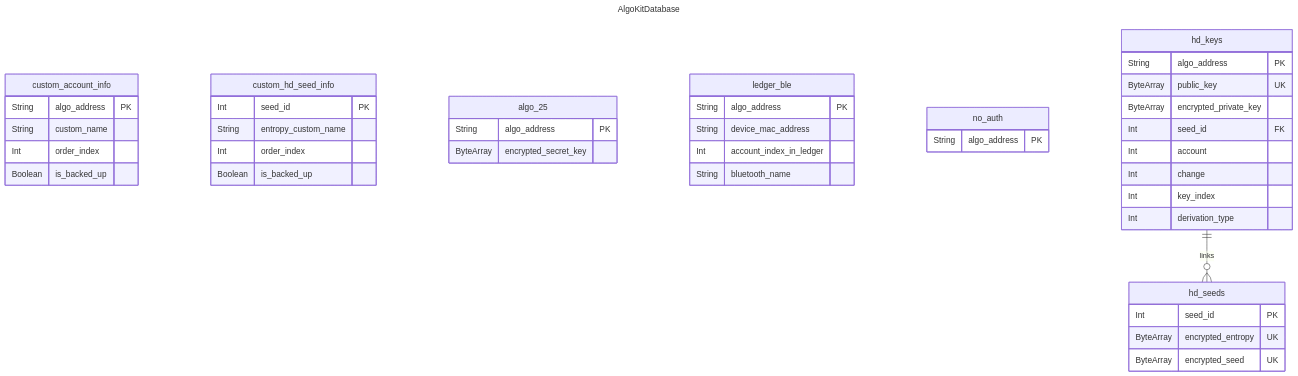
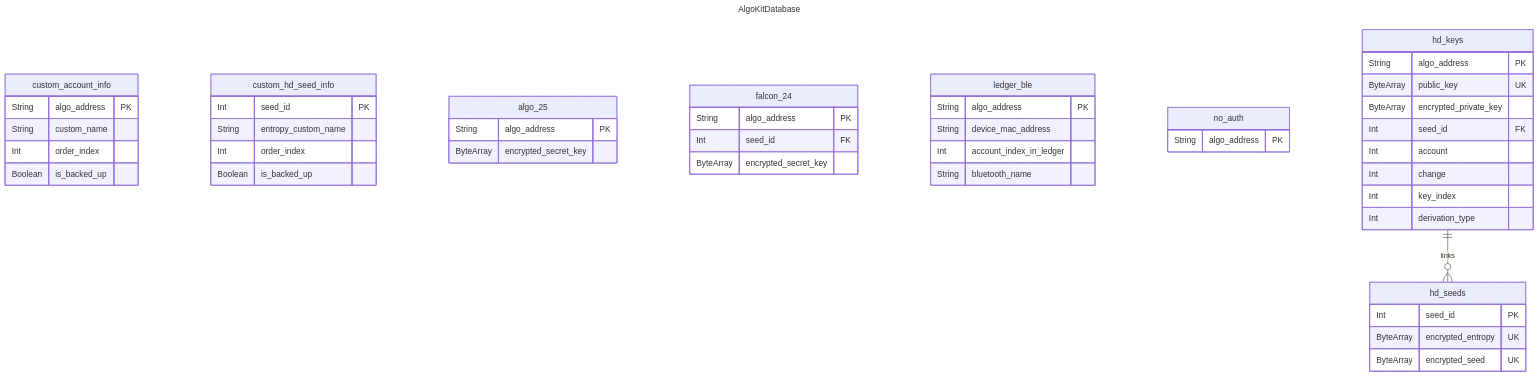
The third of 3 diagrams in README.md (michaeltchuang/algokit-walletsdk-kmp), drawn with Mermaid before and after one commit. The commit also changed other lines of this file and 54 other files, not shown here.

````diff
--- a/README.md
+++ b/README.md
@@ -177,47 +178,52 @@
 ```mermaid
 ---
 title: AlgoKitDatabase
 ---
 erDiagram
     custom_account_info {
         String algo_address PK
         String custom_name
         Int order_index
         Boolean is_backed_up
     }
     custom_hd_seed_info {
         Int seed_id PK
         String entropy_custom_name
         Int order_index
         Boolean is_backed_up
     }
     algo_25 {
         String algo_address PK
+        ByteArray encrypted_secret_key
+    }
+    falcon_24 {
+        String algo_address PK
+        Int seed_id FK
         ByteArray encrypted_secret_key
     }
     ledger_ble {
         String algo_address PK
         String device_mac_address
         Int account_index_in_ledger
         String bluetooth_name
     }
     no_auth {
         String algo_address PK
     }
     hd_seeds {
         Int seed_id PK
         ByteArray encrypted_entropy UK
         ByteArray encrypted_seed UK
     }
     hd_keys {
         String algo_address PK
         ByteArray public_key UK
         ByteArray encrypted_private_key
         Int seed_id FK
         Int account
         Int change
         Int key_index
         Int derivation_type
     }
     hd_keys ||--o{ hd_seeds : links
 ```
````
